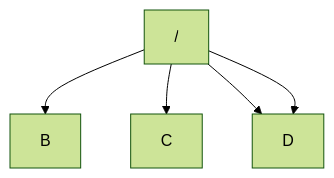
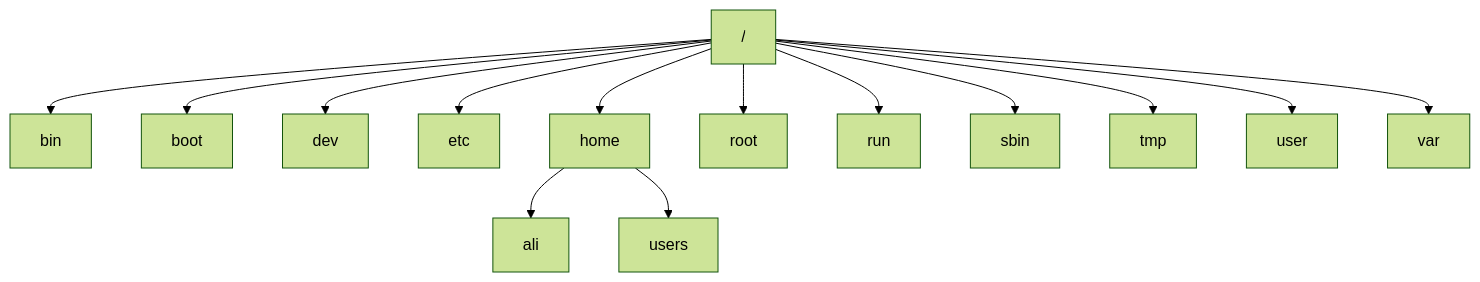
Before and after one commit to ali-sunarlar/DevOpsProjects: the diagram in RH124/Manage Files from the Command Line.md, drawn with Mermaid (forest theme).

Commit message:
modified:   RH124/Manage Files from the Command Line.md

````diff
--- a/RH124/Manage Files from the Command Line.md
+++ b/RH124/Manage Files from the Command Line.md
@@ -8,7 +8,16 @@
 ```mermaid
 graph TD;
-    /-->B;
-    /-->C;
-    /-->D;
-    /-->D;
+    /-->bin;
+    /-->boot;
+    /-->dev;
+    /-->etc;
+    /-->home;
+    /-->root;
+    /-->run;
+    /-->sbin;
+    /-->tmp;
+    /-->user;
+    /-->var;
+    home-->ali;
+    home-->users;
 ```
````
